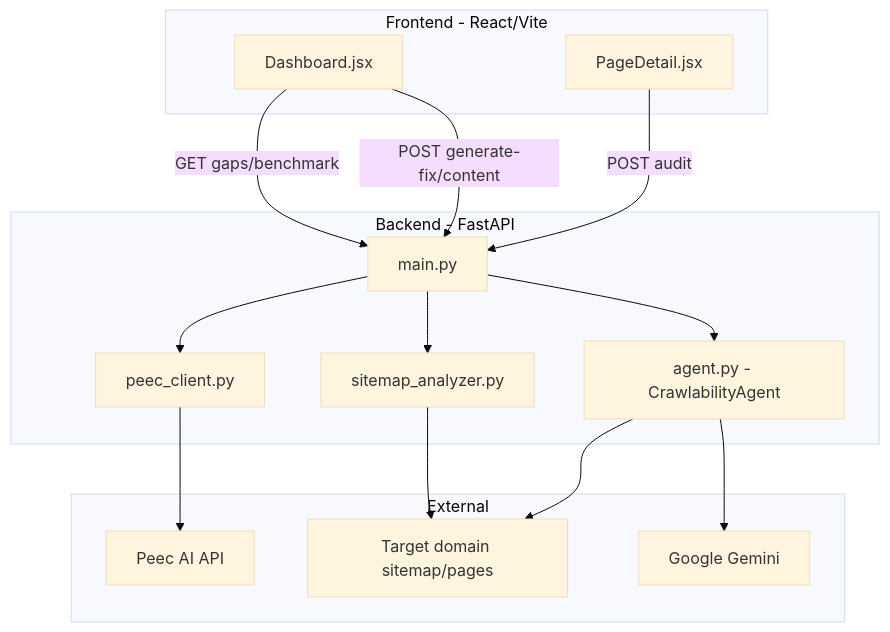
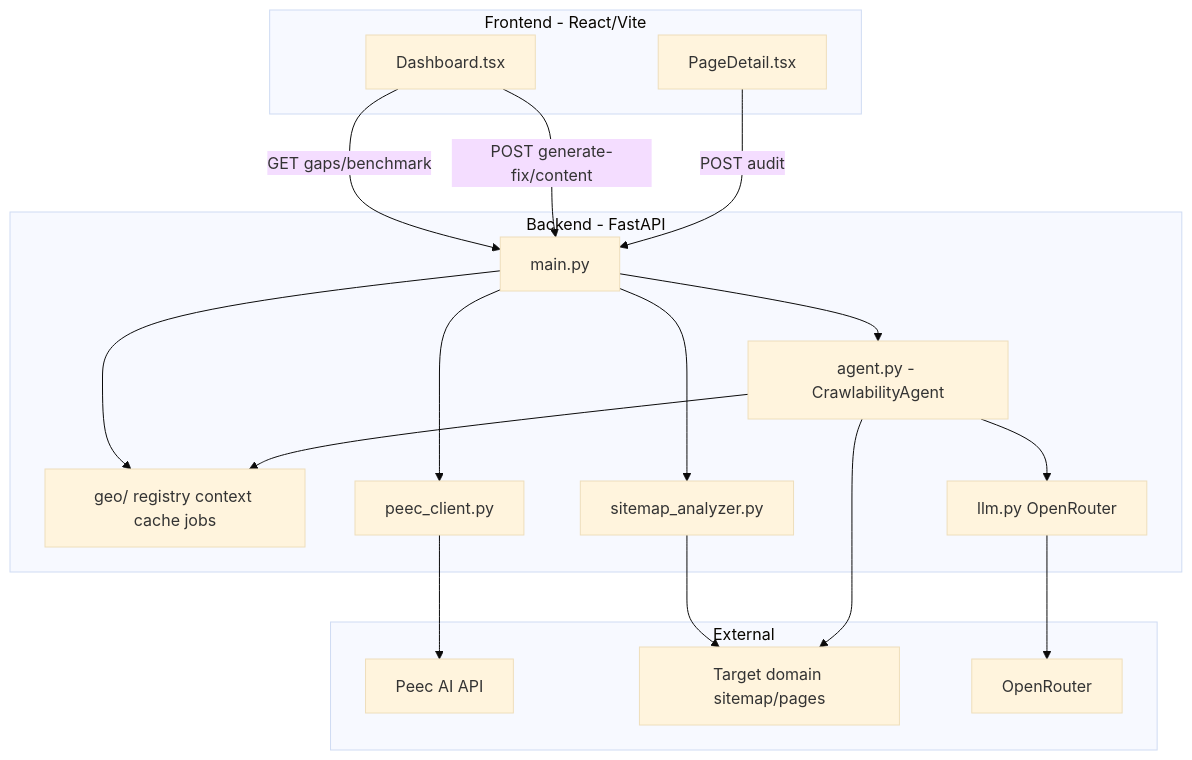
The diagram in docs/ARCHITECTURE.md (Soussi-Aymen/ai-citation-optimizer), drawn with Mermaid (base theme) before and after one commit. The commit also changed other lines of this file and 4 other files, not shown here.

First line of the commit message:
Document GEO checks, the audit registry, and OpenRouter.

````diff
--- a/docs/ARCHITECTURE.md
+++ b/docs/ARCHITECTURE.md
@@ -5,31 +5,36 @@
 ```mermaid
 flowchart TB
     subgraph frontend [Frontend - React/Vite]
-        D[Dashboard.jsx]
-        P[PageDetail.jsx]
+        D[Dashboard.tsx]
+        P[PageDetail.tsx]
     end
 
     subgraph backend [Backend - FastAPI]
         M[main.py]
         A[agent.py - CrawlabilityAgent]
+        G[geo/ registry context cache jobs]
         S[sitemap_analyzer.py]
         PC[peec_client.py]
+        L[llm.py OpenRouter]
     end
 
     subgraph external [External]
         Peec[Peec AI API]
         Site[Target domain sitemap/pages]
-        Gemini[Google Gemini]
+        OpenRouter[OpenRouter]
     end
 
     D -->|GET gaps/benchmark| M
     D -->|POST generate-fix/content| M
     P -->|POST audit| M
     M --> S
     M --> PC
     M --> A
+    M --> G
+    A --> G
+    A --> L
     S --> Site
     PC --> Peec
     A --> Site
-    A --> Gemini
+    L --> OpenRouter
 ```
````
